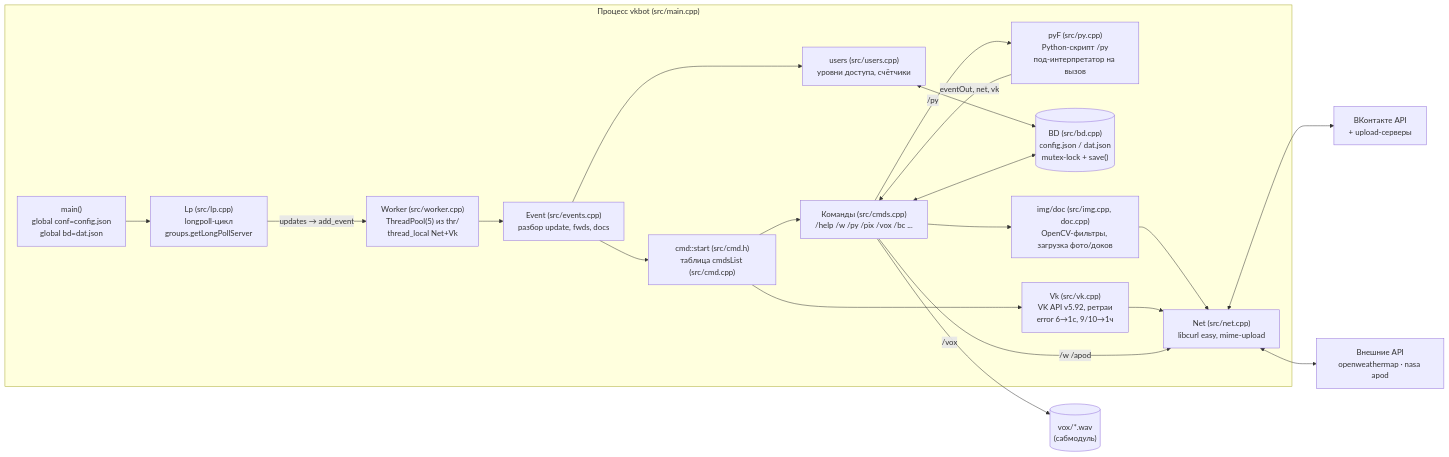
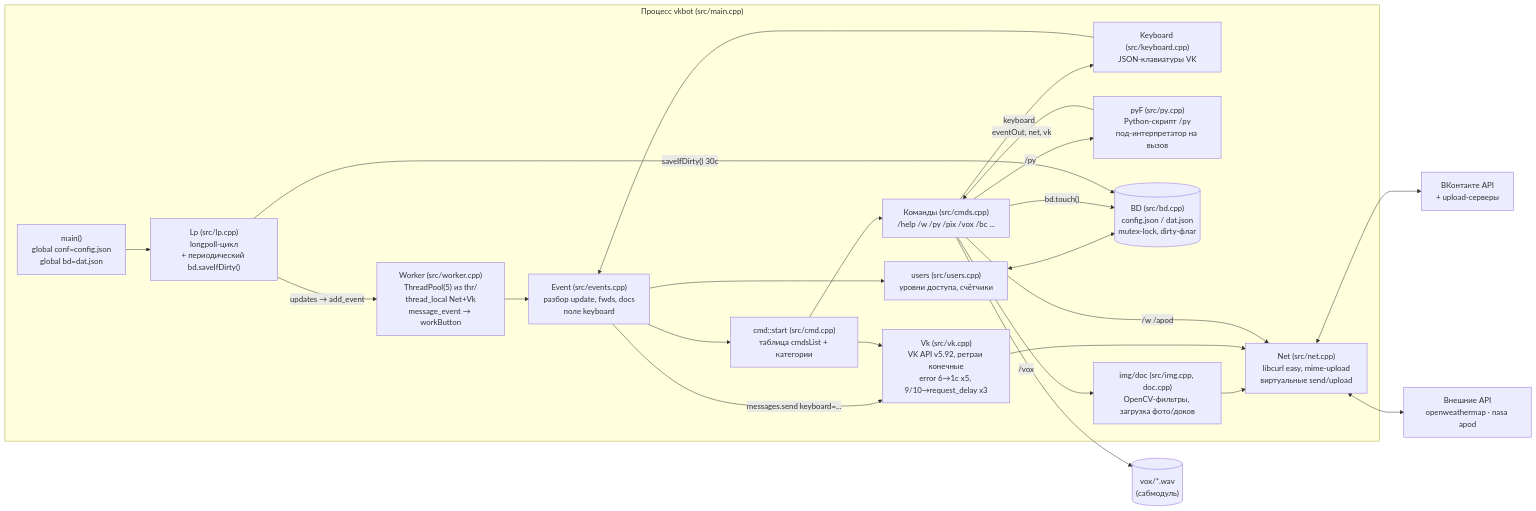
The diagram in docs/ARCHITECTURE.md (edombek/vk-cpp-bot), drawn with Mermaid before and after one commit. The commit also changed other lines of this file and 18 other files, not shown here.

````diff
--- a/docs/ARCHITECTURE.md
+++ b/docs/ARCHITECTURE.md
@@ -7,35 +7,39 @@
 ```mermaid
 flowchart LR
     subgraph bot ["Процесс vkbot (src/main.cpp)"]
         MAIN["main()<br/>global conf=config.json<br/>global bd=dat.json"]
-        LP["Lp (src/lp.cpp)<br/>longpoll-цикл<br/>groups.getLongPollServer"]
-        W["Worker (src/worker.cpp)<br/>ThreadPool(5) из thr/<br/>thread_local Net+Vk"]
-        EV["Event (src/events.cpp)<br/>разбор update, fwds, docs"]
-        CMD["cmd::start (src/cmd.h)<br/>таблица cmdsList (src/cmd.cpp)"]
+        LP["Lp (src/lp.cpp)<br/>longpoll-цикл<br/>+ периодический bd.saveIfDirty()"]
+        W["Worker (src/worker.cpp)<br/>ThreadPool(5) из thr/<br/>thread_local Net+Vk<br/>message_event → workButton"]
+        EV["Event (src/events.cpp)<br/>разбор update, fwds, docs<br/>поле keyboard"]
+        KBD["Keyboard (src/keyboard.cpp)<br/>JSON-клавиатуры VK"]
+        CMD["cmd::start (src/cmd.cpp)<br/>таблица cmdsList + категории"]
         CMDS["Команды (src/cmds.cpp)<br/>/help /w /py /pix /vox /bc ..."]
         PY["pyF (src/py.cpp)<br/>Python-скрипт /py<br/>под-интерпретатор на вызов"]
         USERS["users (src/users.cpp)<br/>уровни доступа, счётчики"]
-        BD[("BD (src/bd.cpp)<br/>config.json / dat.json<br/>mutex-lock + save()")]
-        VK["Vk (src/vk.cpp)<br/>VK API v5.92, ретраи<br/>error 6→1с, 9/10→1ч"]
-        NET["Net (src/net.cpp)<br/>libcurl easy, mime-upload"]
+        BD[("BD (src/bd.cpp)<br/>config.json / dat.json<br/>mutex-lock, dirty-флаг")]
+        VK["Vk (src/vk.cpp)<br/>VK API v5.92, ретраи конечные<br/>error 6→1с x5, 9/10→request_delay x3"]
+        NET["Net (src/net.cpp)<br/>libcurl easy, mime-upload<br/>виртуальные send/upload"]
         IMG["img/doc (src/img.cpp, doc.cpp)<br/>OpenCV-фильтры, загрузка фото/доков"]
     end
 
     VKS["ВКонтакте API<br/>+ upload-серверы"]
     EXT["Внешние API<br/>openweathermap · nasa apod"]
     VOX[("vox/*.wav<br/>(сабмодуль)")]
 
     MAIN --> LP
     LP -- "updates → add_event" --> W --> EV --> CMD --> CMDS
     CMDS -- "/py" --> PY
+    CMDS -- "keyboard" --> KBD --> EV
+    EV -- "messages.send keyboard=..." --> VK
     EV --> USERS
     USERS <--> BD
-    CMDS <--> BD
+    CMDS -- "bd.touch()" --> BD
+    LP -- "saveIfDirty() 30с" --> BD
     PY -- "eventOut, net, vk" --> CMDS
     CMDS --> IMG --> NET
     CMD --> VK --> NET
     CMDS -- "/w /apod" --> NET
     NET <--> VKS
     NET <--> EXT
     CMDS -- "/vox" --> VOX
 ```
````
